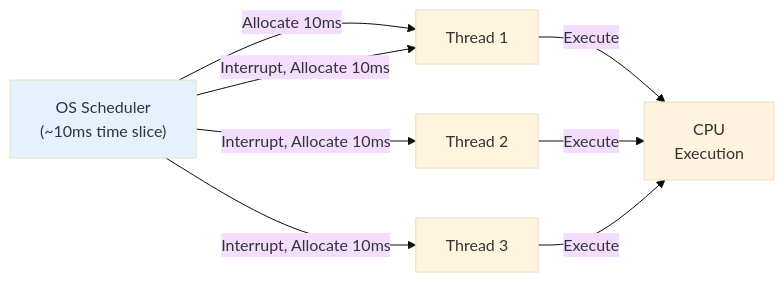
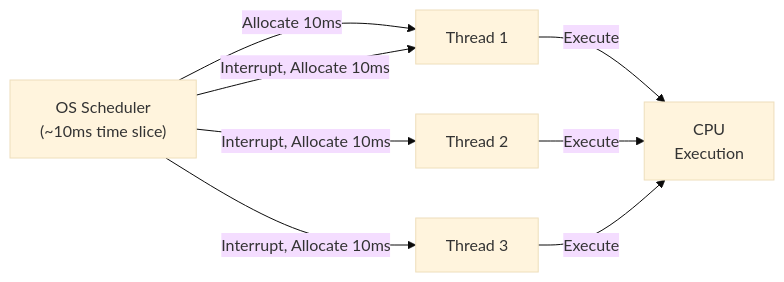
The diagram in docs/theory/03-io-and-preemption.md (nitinkc/MultithreadingLearningHub), drawn with Mermaid (base theme) before and after one commit. The commit also changed other lines of this file and 27 other files, not shown here.

````diff
--- a/docs/theory/03-io-and-preemption.md
+++ b/docs/theory/03-io-and-preemption.md
@@ -141,19 +141,17 @@
 ```mermaid
 graph LR
     T1["Thread 1"]
     T2["Thread 2"]
     T3["Thread 3"]
     OS["OS Scheduler<br/>(~10ms time slice)"]
     CPU["CPU<br/>Execution"]
     
     OS -->|Allocate 10ms| T1
     T1 -->|Execute| CPU
     OS -->|Interrupt, Allocate 10ms| T2
     T2 -->|Execute| CPU
     OS -->|Interrupt, Allocate 10ms| T3
     T3 -->|Execute| CPU
     OS -->|Interrupt, Allocate 10ms| T1
-    
-    style OS fill:#e3f2fd
-    style CPU fill:#fff3e0
+
 ```
````
